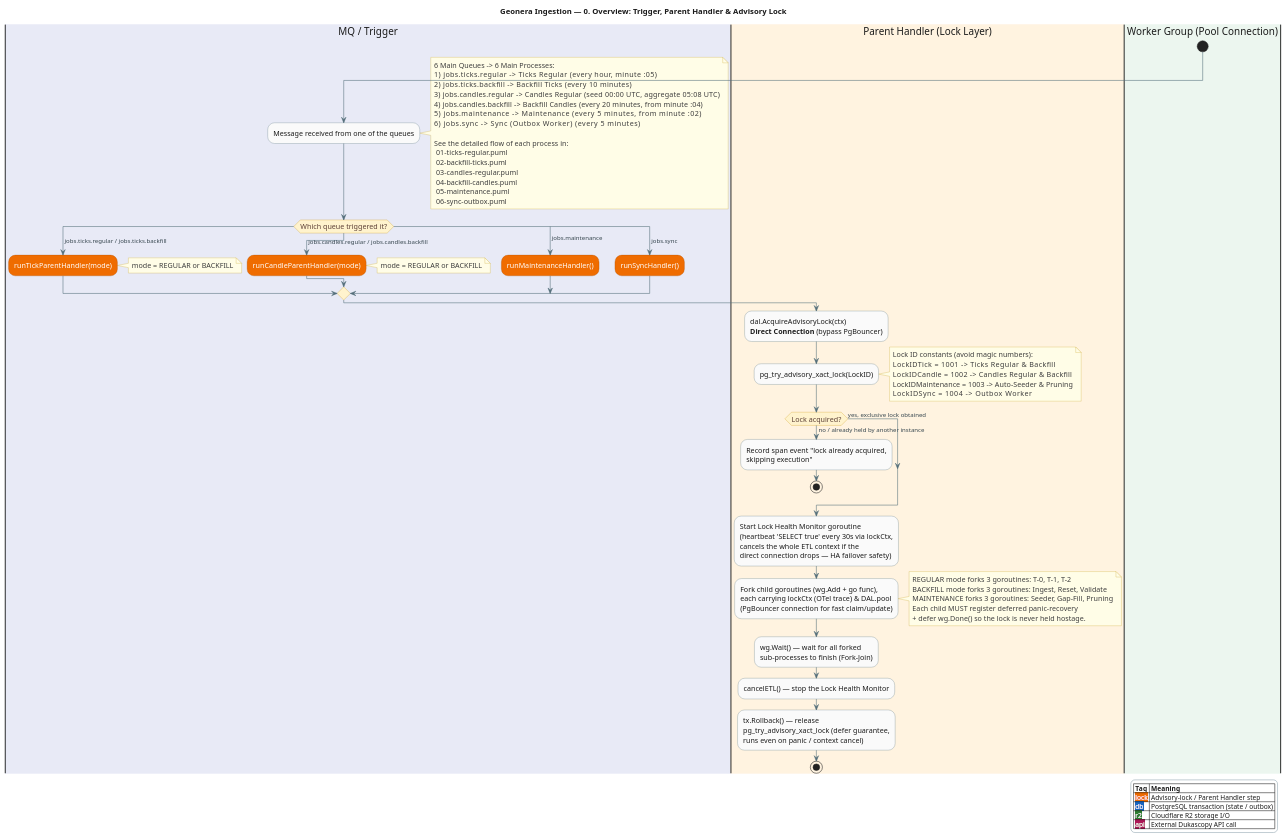
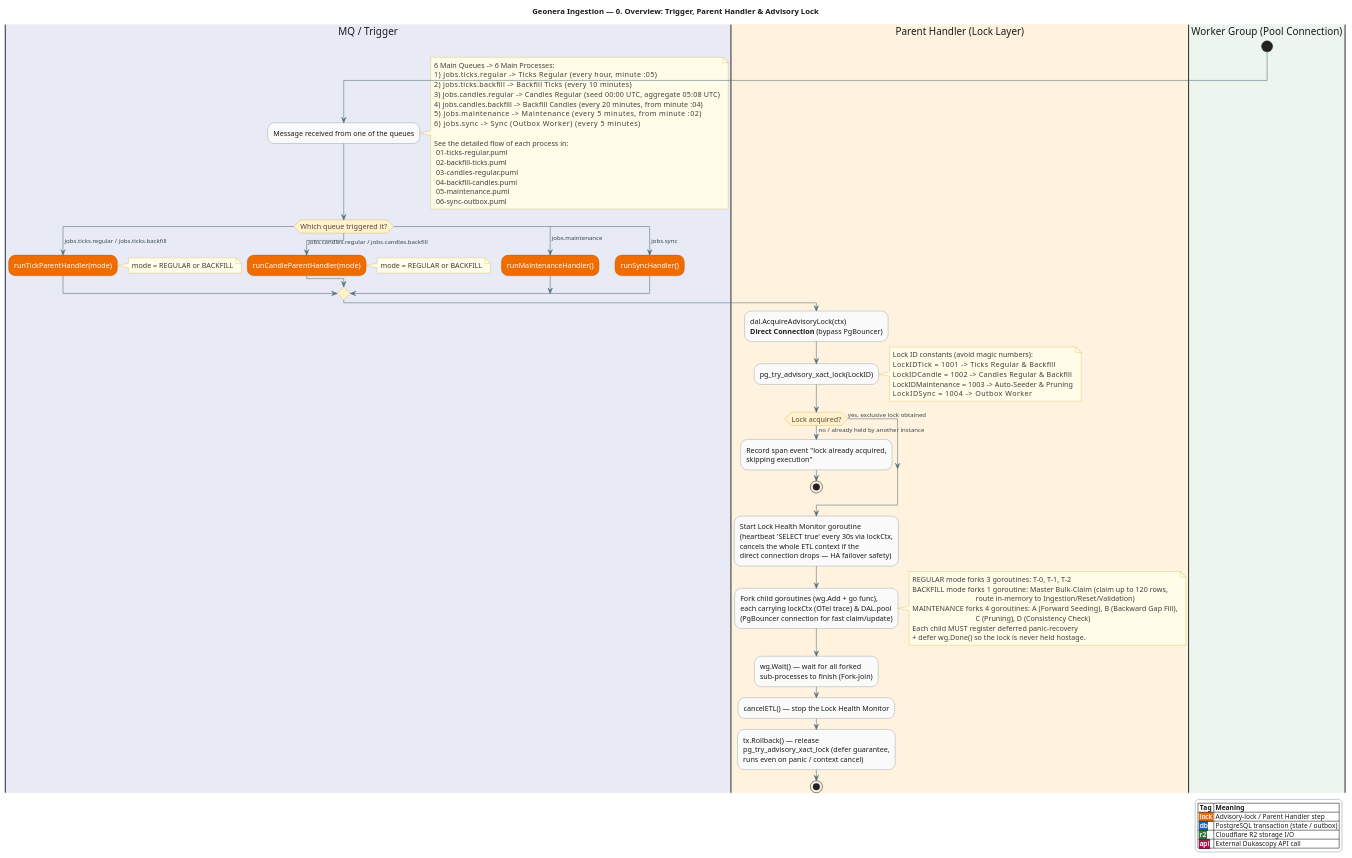
The diagram in docs/flows/00-overview-and-locking.puml (sanjari-dev/geonera-ingestion), drawn with PlantUML before and after one commit. The commit also changed 3 other files, not shown here.

Commit message:
refactor: update flow diagrams and optimize batch insert logic in maintenance worker

```diff
--- a/docs/flows/00-overview-and-locking.puml
+++ b/docs/flows/00-overview-and-locking.puml
@@ -1,144 +1,146 @@
 @startuml 00-overview-and-locking
 title Geonera Ingestion — 0. Overview: Trigger, Parent Handler & Advisory Lock
 
 skinparam backgroundColor #FFFFFF
 skinparam defaultFontColor #1B1B1B
 skinparam ArrowColor #546E7A
 skinparam ArrowFontColor #37474F
 
 skinparam activity {
   BackgroundColor #FAFAFA
   BorderColor #546E7A
   FontColor #1B1B1B
   FontSize 13
 
   BackgroundColor<<lock>> #EF6C00
   FontColor<<lock>> #FFFFFF
   BorderColor<<lock>> #A34B00
 
   BackgroundColor<<db>> #1565C0
   FontColor<<db>> #FFFFFF
   BorderColor<<db>> #0B3C78
 
   BackgroundColor<<r2>> #2E7D32
   FontColor<<r2>> #FFFFFF
   BorderColor<<r2>> #1B5E20
 
   BackgroundColor<<api>> #AD1457
   FontColor<<api>> #FFFFFF
   BorderColor<<api>> #6A0F38
 }
 
 skinparam activityDiamond {
   BackgroundColor #FFF3CD
   BorderColor #C79100
   FontColor #5D4037
 }
 
 skinparam legend {
   BackgroundColor #FFFFFF
   BorderColor #90A4AE
   FontColor #1B1B1B
   FontSize 12
   EntrySeparatorColor #CFD8DC
 }
 
 skinparam note {
   BackgroundColor #FFFDE7
   BorderColor #C9A227
   FontColor #3E3E3E
 }
 
 legend right
   |= Tag |= Meaning |
   |<back:#EF6C00><color:#FFFFFF> lock </color></back>| Advisory-lock / Parent Handler step |
   |<back:#1565C0><color:#FFFFFF> db </color></back>| PostgreSQL transaction (state / outbox) |
   |<back:#2E7D32><color:#FFFFFF> r2 </color></back>| Cloudflare R2 storage I/O |
   |<back:#AD1457><color:#FFFFFF> api </color></back>| External Dukascopy API call |
 endlegend
 
 |#E8EAF6|MQ / Trigger|
 |#FFF3E0|Parent Handler (Lock Layer)|
 |#ECF6EF|Worker Group (Pool Connection)|
 
 start
 
 |MQ / Trigger|
 :Message received from one of the queues;
 note right
   6 Main Queues -> 6 Main Processes:
   1) jobs.ticks.regular     -> Ticks Regular        (every hour, minute :05)
   2) jobs.ticks.backfill    -> Backfill Ticks       (every 10 minutes)
   3) jobs.candles.regular   -> Candles Regular      (seed 00:00 UTC, aggregate 05:08 UTC)
   4) jobs.candles.backfill  -> Backfill Candles     (every 20 minutes, from minute :04)
   5) jobs.maintenance       -> Maintenance          (every 5 minutes, from minute :02)
   6) jobs.sync              -> Sync (Outbox Worker) (every 5 minutes)
 
   See the detailed flow of each process in:
    01-ticks-regular.puml
    02-backfill-ticks.puml
    03-candles-regular.puml
    04-backfill-candles.puml
    05-maintenance.puml
    06-sync-outbox.puml
 end note
 
 switch (Which queue triggered it?)
 case ( jobs.ticks.regular / jobs.ticks.backfill )
   :runTickParentHandler(mode);<<lock>>
   note right: mode = REGULAR or BACKFILL
 case ( jobs.candles.regular / jobs.candles.backfill )
   :runCandleParentHandler(mode);<<lock>>
   note right: mode = REGULAR or BACKFILL
 case ( jobs.maintenance )
   :runMaintenanceHandler();<<lock>>
 case ( jobs.sync )
   :runSyncHandler();<<lock>>
 endswitch
 
 |Parent Handler (Lock Layer)|
 :dal.AcquireAdvisoryLock(ctx)
 **Direct Connection** (bypass PgBouncer);
 :pg_try_advisory_xact_lock(LockID);
 note right
   Lock ID constants (avoid magic numbers):
   LockIDTick        = 1001  -> Ticks Regular & Backfill
   LockIDCandle      = 1002  -> Candles Regular & Backfill
   LockIDMaintenance = 1003  -> Auto-Seeder & Pruning
   LockIDSync        = 1004  -> Outbox Worker
 end note
 
 if (Lock acquired?) then (no / already held by another instance)
   :Record span event "lock already acquired,
   skipping execution";
   stop
 else (yes, exclusive lock obtained)
 endif
 
 :Start Lock Health Monitor goroutine
 (heartbeat 'SELECT true' every 30s via lockCtx,
 cancels the whole ETL context if the
 direct connection drops — HA failover safety);
 :Fork child goroutines (wg.Add + go func),
 each carrying lockCtx (OTel trace) & DAL.pool
 (PgBouncer connection for fast claim/update);
 
 note right
   REGULAR mode forks 3 goroutines: T-0, T-1, T-2
-  BACKFILL mode forks 3 goroutines: Ingest, Reset, Validate
-  MAINTENANCE forks 3 goroutines: Seeder, Gap-Fill, Pruning
+  BACKFILL mode forks 1 goroutine:  Master Bulk-Claim (claim up to 120 rows,
+                                    route in-memory to Ingestion/Reset/Validation)
+  MAINTENANCE forks 4 goroutines:   A (Forward Seeding), B (Backward Gap Fill),
+                                    C (Pruning), D (Consistency Check)
   Each child MUST register deferred panic-recovery
   + defer wg.Done() so the lock is never held hostage.
 end note
 
 :wg.Wait() — wait for all forked
 sub-processes to finish (Fork-Join);
 
 |Parent Handler (Lock Layer)|
 :cancelETL() — stop the Lock Health Monitor;
 :tx.Rollback() — release
 pg_try_advisory_xact_lock (defer guarantee,
 runs even on panic / context cancel);
 stop
 
 @enduml
```
